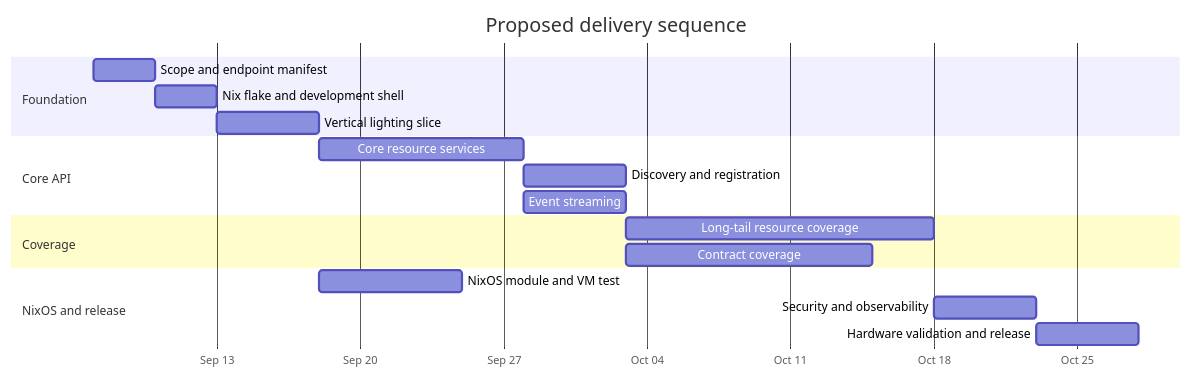
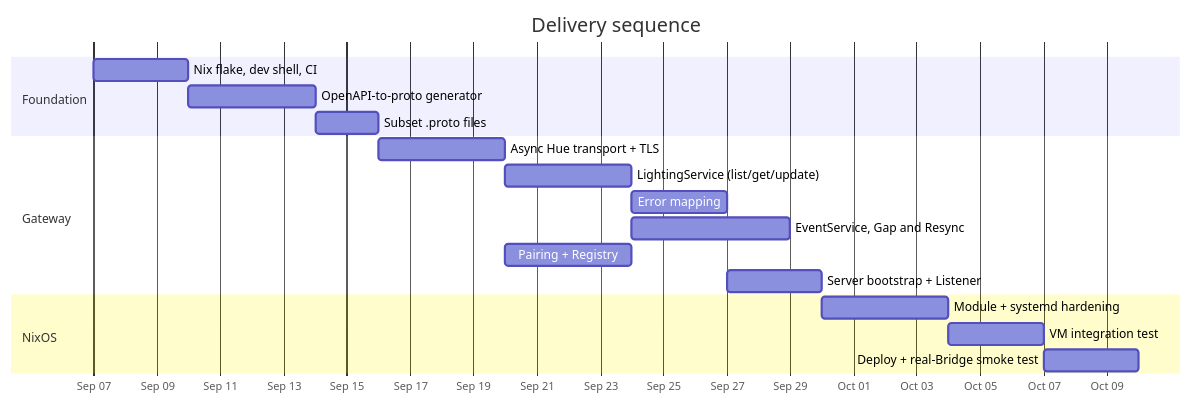
One commit to malamoney/hue changed the ninth of 9 diagrams in philips-hue-grpc-nixos-plan.md. Above: the diagram before and after it, drawn with Mermaid. The commit also changed other lines of this file, not shown here.

````diff
--- a/philips-hue-grpc-nixos-plan.md
+++ b/philips-hue-grpc-nixos-plan.md
@@ -1078,21 +899,21 @@
 ```mermaid
 gantt
-    title Proposed delivery sequence
+    title Delivery sequence
     dateFormat  YYYY-MM-DD
     axisFormat  %b %d
     section Foundation
-    Scope and endpoint manifest       :a1, 2026-09-07, 3d
-    Nix flake and development shell   :a2, after a1, 3d
-    Vertical lighting slice           :a3, after a2, 5d
-    section Core API
-    Core resource services            :b1, after a3, 10d
-    Discovery and registration        :b2, after b1, 5d
-    Event streaming                   :b3, after b1, 5d
-    section Coverage
-    Long-tail resource coverage       :c1, after b2, 15d
-    Contract coverage                 :c2, after b3, 12d
-    section NixOS and release
-    NixOS module and VM test          :d1, after a3, 7d
-    Security and observability        :d2, after c1, 5d
-    Hardware validation and release   :d3, after d2, 5d
+    Nix flake, dev shell, CI          :a1, 2026-09-07, 3d
+    OpenAPI-to-proto generator        :a2, after a1, 4d
+    Subset .proto files               :a3, after a2, 2d
+    section Gateway
+    Async Hue transport + TLS         :b1, after a3, 4d
+    LightingService (list/get/update) :b2, after b1, 4d
+    Error mapping                     :b3, after b2, 3d
+    EventService, Gap and Resync      :b4, after b2, 5d
+    Pairing + Registry                :b5, after b1, 4d
+    Server bootstrap + Listener       :b6, after b3, 3d
+    section NixOS
+    Module + systemd hardening        :d1, after b6, 4d
+    VM integration test               :d2, after d1, 3d
+    Deploy + real-Bridge smoke test   :d3, after d2, 3d
 ```
````
